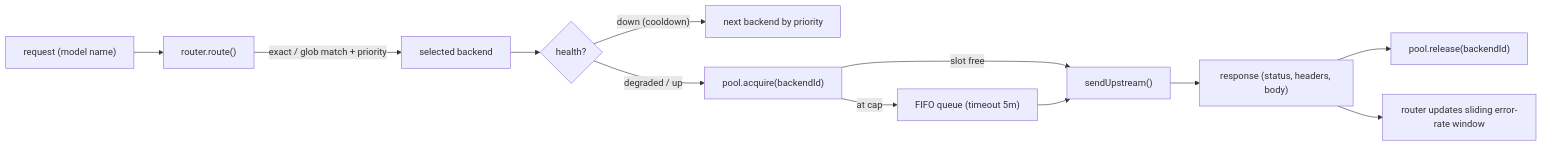
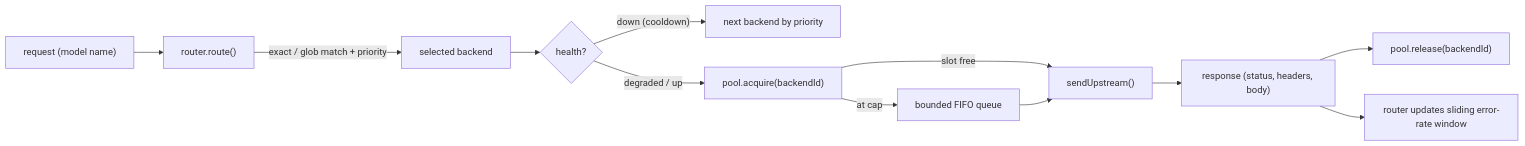
One commit to smilinTux/skgateway changed the fourth of 6 diagrams in docs/ARCHITECTURE.md. Above: the diagram before and after it, drawn with Mermaid. The commit also changed other lines of this file and 16 other files, not shown here.

````diff
--- a/docs/ARCHITECTURE.md
+++ b/docs/ARCHITECTURE.md
@@ -257,14 +257,14 @@
 ```mermaid
 flowchart LR
     REQ["request (model name)"] --> RO["router.route()"]
     RO -->|"exact / glob match + priority"| SEL["selected backend"]
     SEL --> HC{"health?"}
     HC -->|"down (cooldown)"| NXT["next backend by priority"]
     HC -->|"degraded / up"| POOL["pool.acquire(backendId)"]
     POOL -->|"slot free"| UP["sendUpstream()"]
-    POOL -->|"at cap"| Q["FIFO queue (timeout 5m)"]
+    POOL -->|"at cap"| Q["bounded FIFO queue"]
     Q --> UP
     UP --> RESP["response (status, headers, body)"]
     RESP --> POOL2["pool.release(backendId)"]
     RESP --> HU["router updates sliding error-rate window"]
 ```
````
